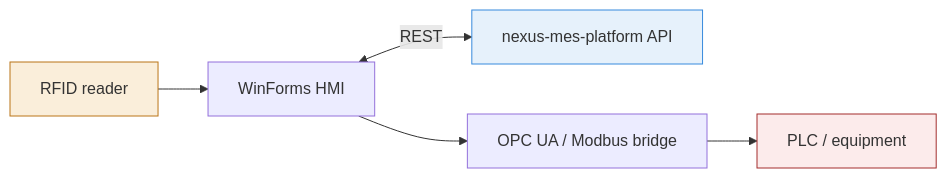
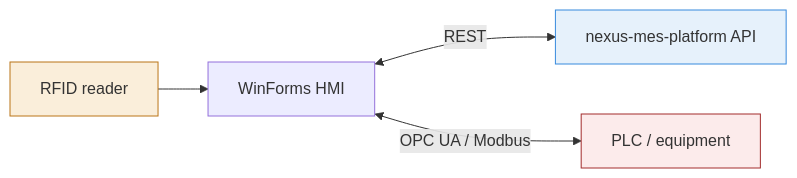
One commit to Toqa-Ashraf8/factory-shopfloor-integration changed the first of 2 diagrams in README.md. Above: the diagram before and after it, drawn with Mermaid. The commit also changed other lines of this file, not shown here.

````diff
--- a/README.md
+++ b/README.md
@@ -7,11 +9,10 @@
 ```mermaid
 flowchart LR
     RFID["RFID reader"] --> HMI["WinForms HMI"]
     HMI <-->|"REST"| API["nexus-mes-platform API"]
-    HMI --> Bridge["OPC UA / Modbus bridge"]
-    Bridge --> PLC["PLC / equipment"]
+    HMI <-->|"OPC UA / Modbus"| PLC["PLC / equipment"]
 
     style RFID fill:#faeeda,stroke:#ba7517
     style API fill:#e6f1fb,stroke:#378ADD
     style PLC fill:#fcebeb,stroke:#a32d2d
 ```
````
